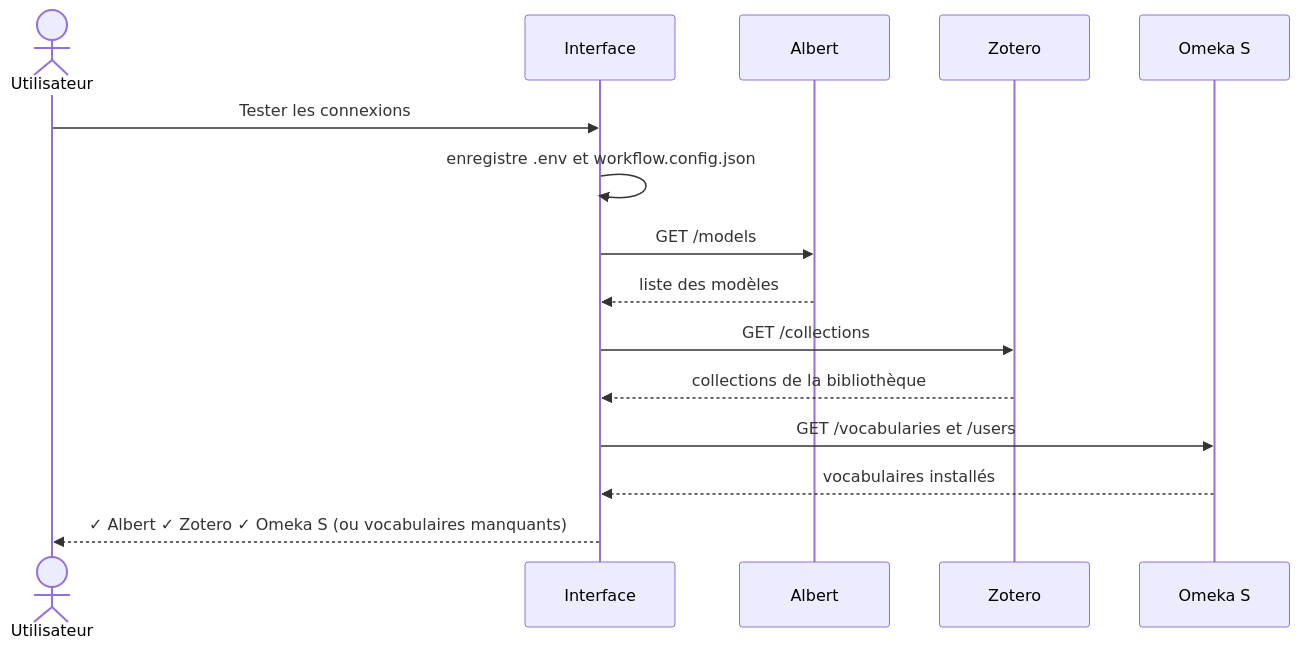
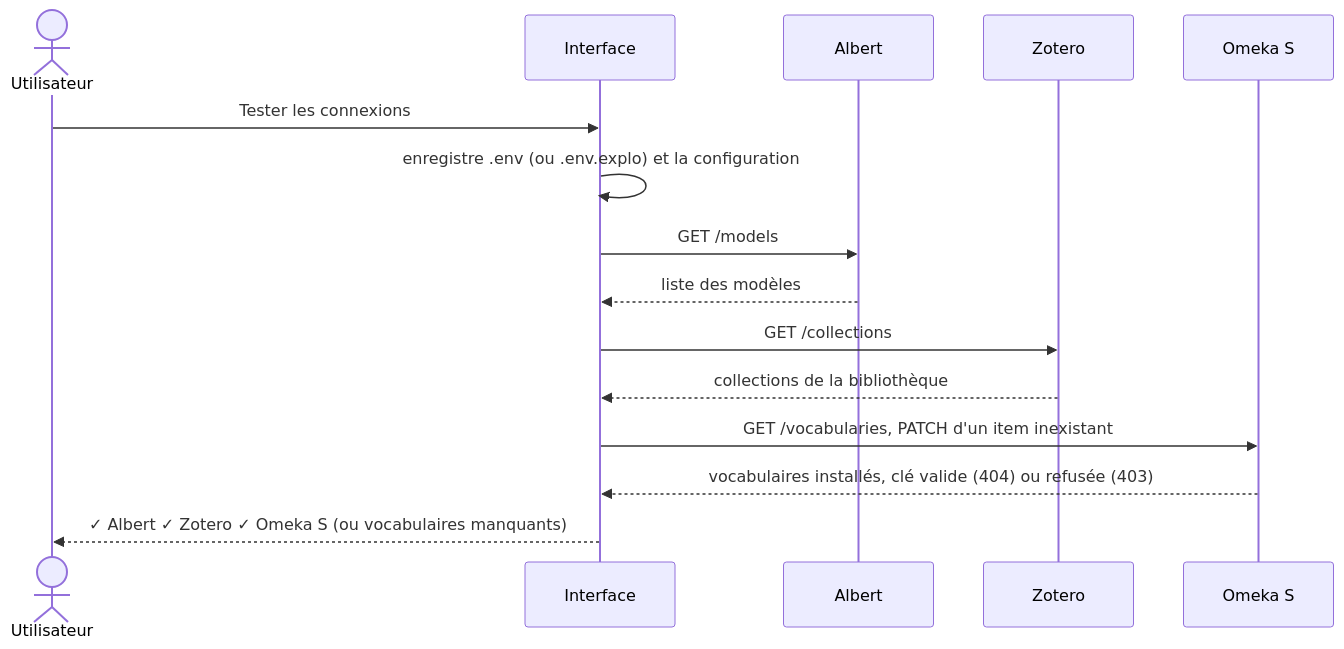
One commit to samszo/ecosysteme-agents-recherche changed the fourth of 5 diagrams in docs/installation.md. Above: the diagram before and after it, drawn with Mermaid. The commit also changed other lines of this file and 10 other files, not shown here.

````diff
--- a/docs/installation.md
+++ b/docs/installation.md
@@ -247,17 +293,17 @@
 ```mermaid
 sequenceDiagram
     actor U as Utilisateur
     participant UI as Interface
     participant A as Albert
     participant Z as Zotero
     participant O as Omeka S
     U->>UI: Tester les connexions
-    UI->>UI: enregistre .env et workflow.config.json
+    UI->>UI: enregistre .env (ou .env.explo) et la configuration
     UI->>A: GET /models
     A-->>UI: liste des modèles
     UI->>Z: GET /collections
     Z-->>UI: collections de la bibliothèque
-    UI->>O: GET /vocabularies et /users
-    O-->>UI: vocabulaires installés
+    UI->>O: GET /vocabularies, PATCH d'un item inexistant
+    O-->>UI: vocabulaires installés, clé valide (404) ou refusée (403)
     UI-->>U: ✓ Albert ✓ Zotero ✓ Omeka S (ou vocabulaires manquants)
 ```
````
